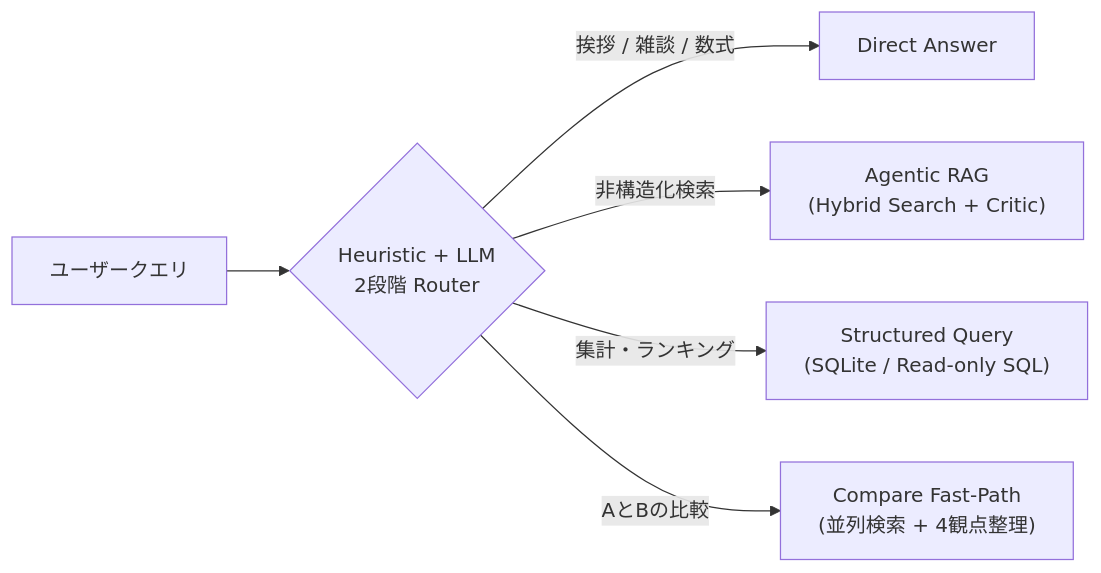
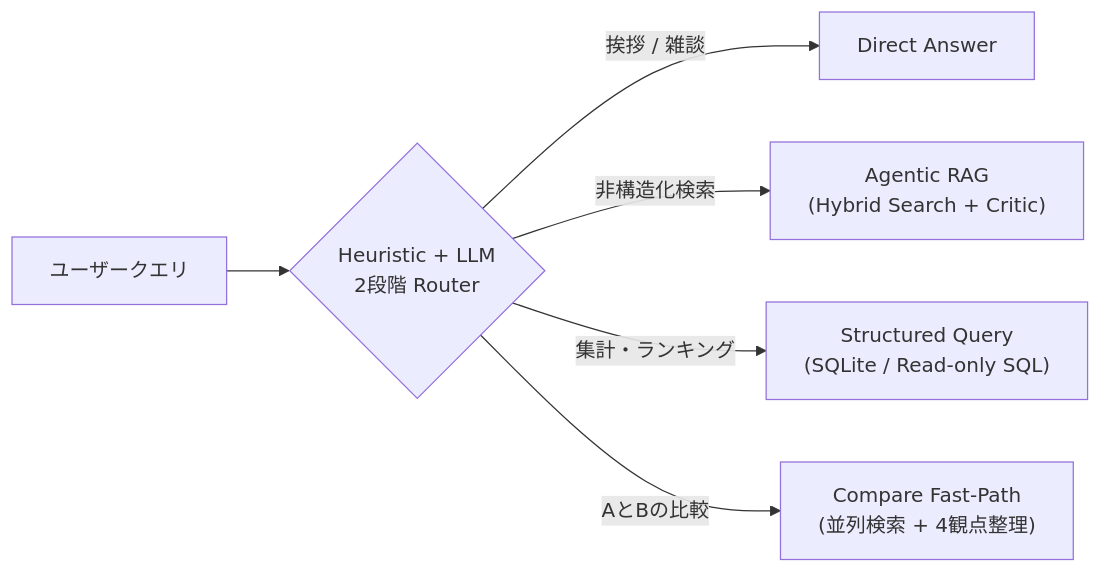
One commit to mlprototype/ai-agent-rag changed the diagram in docs/PROJECT_ONE_PAGER.md. Above: the diagram before and after it, drawn with Mermaid. The commit also changed 26 other files, not shown here.

````diff
--- a/docs/PROJECT_ONE_PAGER.md
+++ b/docs/PROJECT_ONE_PAGER.md
@@ -12,8 +12,8 @@
 ```mermaid
 flowchart LR
     Q["ユーザークエリ"] --> R{"Heuristic + LLM<br/>2段階 Router"}
-    R -->|挨拶 / 雑談 / 数式| D["Direct Answer"]
+    R -->|挨拶 / 雑談| D["Direct Answer"]
     R -->|非構造化検索| RAG["Agentic RAG<br/>(Hybrid Search + Critic)"]
     R -->|集計・ランキング| SQ["Structured Query<br/>(SQLite / Read-only SQL)"]
     R -->|AとBの比較| CMP["Compare Fast-Path<br/>(並列検索 + 4観点整理)"]
 ```
````
